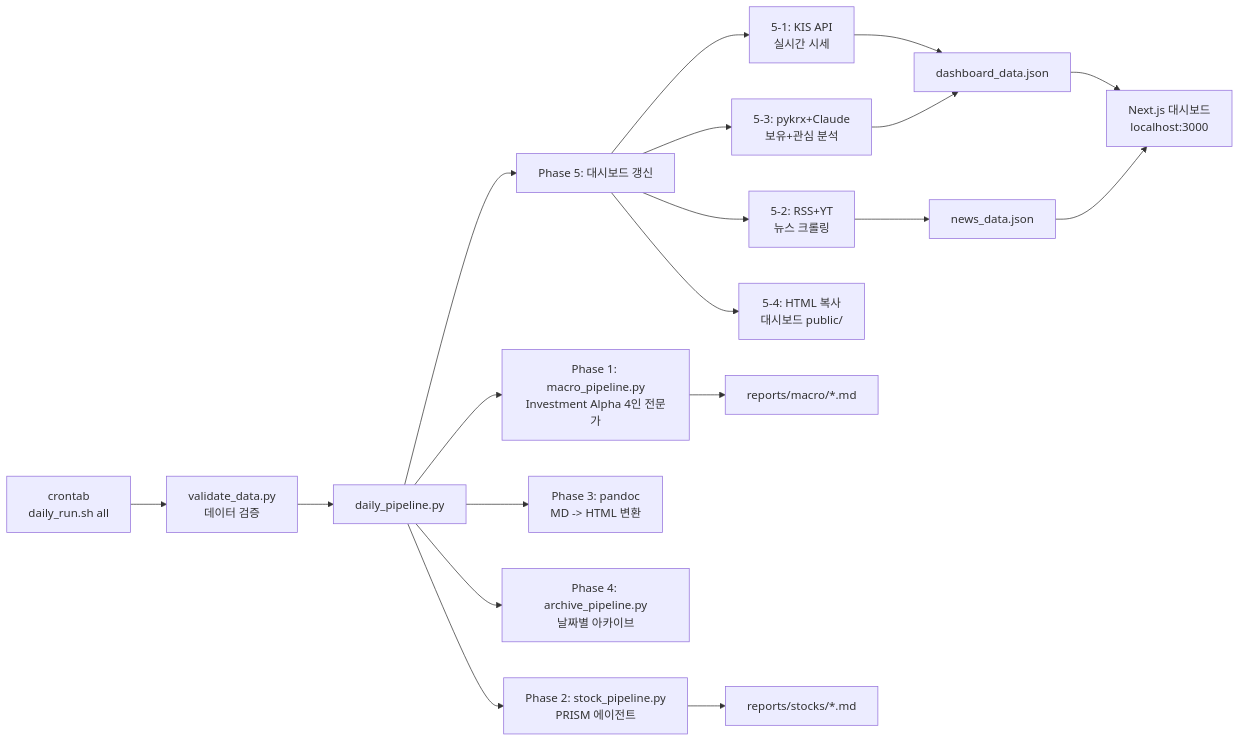
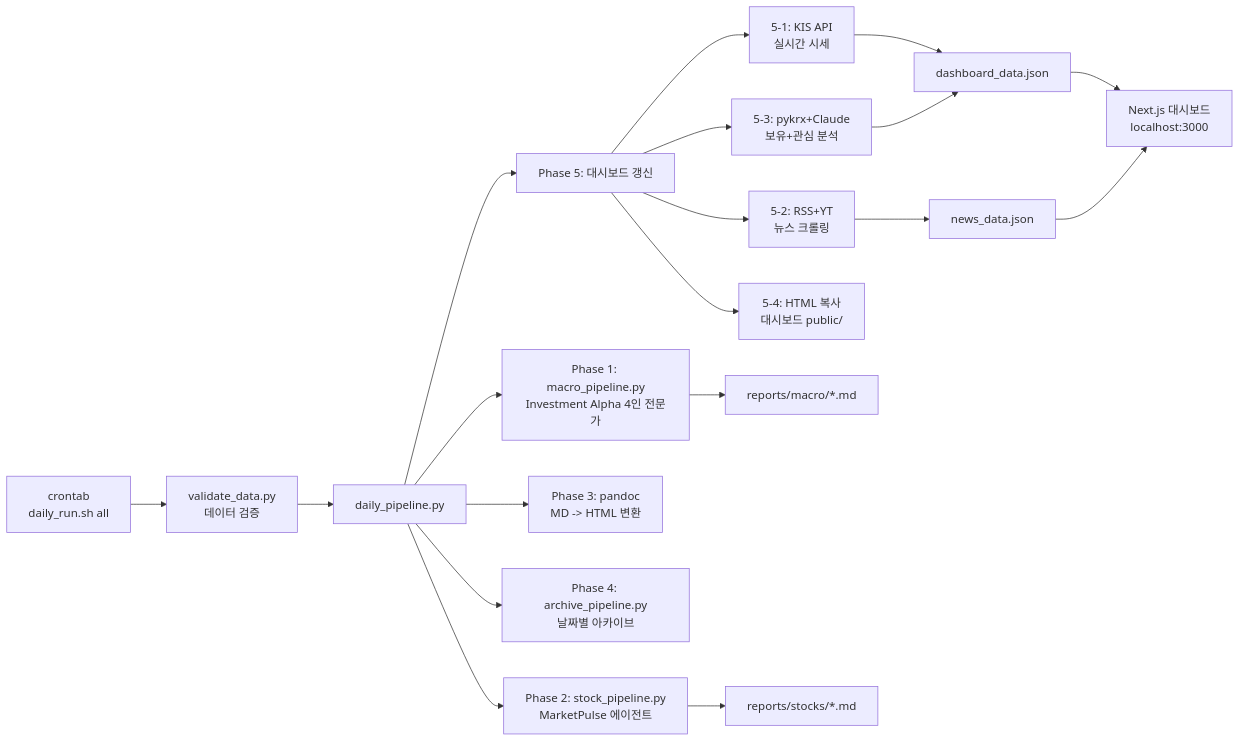
One commit to jacob119/market-pulse changed the second of 7 diagrams in docs/ARCHITECTURE.md. Above: the diagram before and after it, drawn with Mermaid. The commit also changed other lines of this file and 39 other files, not shown here.

First line of the commit message:
refactor: PRISM 단어 전체 제거 → MarketPulse로 통일

````diff
--- a/docs/ARCHITECTURE.md
+++ b/docs/ARCHITECTURE.md
@@ -208,25 +208,25 @@
 ```mermaid
 flowchart LR
     CRON["crontab<br/>daily_run.sh all"] --> VALIDATE["validate_data.py<br/>데이터 검증"]
     VALIDATE --> DAILY["daily_pipeline.py"]
 
     DAILY --> MACRO["Phase 1: macro_pipeline.py<br/>Investment Alpha 4인 전문가"]
-    DAILY --> STOCK["Phase 2: stock_pipeline.py<br/>PRISM 에이전트"]
+    DAILY --> STOCK["Phase 2: stock_pipeline.py<br/>MarketPulse 에이전트"]
     DAILY --> HTML["Phase 3: pandoc<br/>MD -> HTML 변환"]
     DAILY --> ARCH["Phase 4: archive_pipeline.py<br/>날짜별 아카이브"]
     DAILY --> DASH["Phase 5: 대시보드 갱신"]
 
     DASH --> R1["5-1: KIS API<br/>실시간 시세"]
     DASH --> R2["5-2: RSS+YT<br/>뉴스 크롤링"]
     DASH --> R3["5-3: pykrx+Claude<br/>보유+관심 분석"]
     DASH --> R4["5-4: HTML 복사<br/>대시보드 public/"]
 
     MACRO --> MD_REPORTS["reports/macro/*.md"]
     STOCK --> STOCK_REPORTS["reports/stocks/*.md"]
     R1 --> DASH_JSON["dashboard_data.json"]
     R2 --> NEWS_JSON["news_data.json"]
     R3 --> DASH_JSON
 
     DASH_JSON --> NEXTJS["Next.js 대시보드<br/>localhost:3000"]
     NEWS_JSON --> NEXTJS
 ```
````
